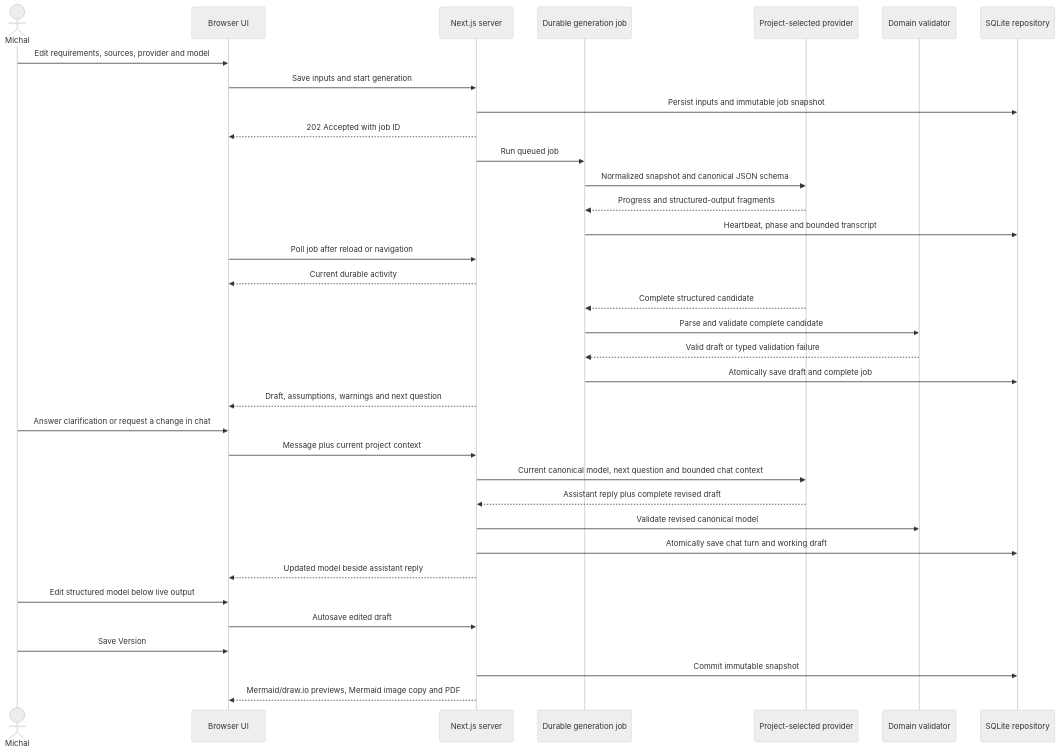
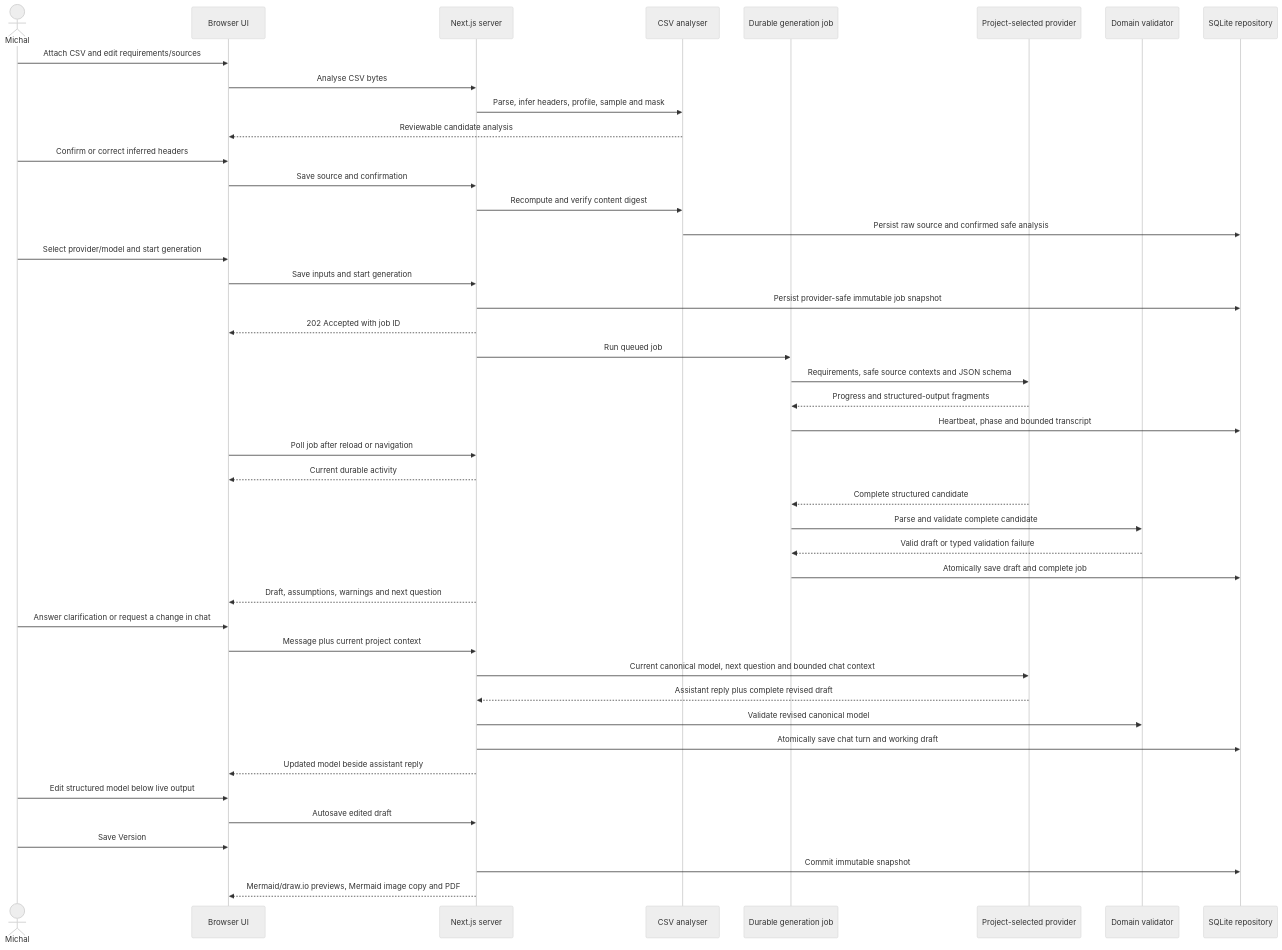
One commit to MikeS071/data-model-agent changed the second of 2 diagrams in docs/features/data-model-agent/design.md. Above: the diagram before and after it, drawn with Mermaid (neutral theme). The commit also changed other lines of this file, not shown here.

First line of the commit message:
docs: accept CSV generation inputs design

````diff
--- a/docs/features/data-model-agent/design.md
+++ b/docs/features/data-model-agent/design.md
@@ -185,37 +233,46 @@
 ```mermaid
 sequenceDiagram
   actor Michal
   participant UI as Browser UI
   participant App as Next.js server
+  participant CSV as CSV analyser
   participant Job as Durable generation job
   participant AI as Project-selected provider
   participant Domain as Domain validator
   participant DB as SQLite repository
-  Michal->>UI: Edit requirements, sources, provider and model
+  Michal->>UI: Attach CSV and edit requirements/sources
+  UI->>App: Analyse CSV bytes
+  App->>CSV: Parse, infer headers, profile, sample and mask
+  CSV-->>UI: Reviewable candidate analysis
+  Michal->>UI: Confirm or correct inferred headers
+  UI->>App: Save source and confirmation
+  App->>CSV: Recompute and verify content digest
+  CSV->>DB: Persist raw source and confirmed safe analysis
+  Michal->>UI: Select provider/model and start generation
   UI->>App: Save inputs and start generation
-  App->>DB: Persist inputs and immutable job snapshot
+  App->>DB: Persist provider-safe immutable job snapshot
   App-->>UI: 202 Accepted with job ID
   App->>Job: Run queued job
-  Job->>AI: Normalized snapshot and canonical JSON schema
+  Job->>AI: Requirements, safe source contexts and JSON schema
   AI-->>Job: Progress and structured-output fragments
   Job->>DB: Heartbeat, phase and bounded transcript
   UI->>App: Poll job after reload or navigation
   App-->>UI: Current durable activity
   AI-->>Job: Complete structured candidate
   Job->>Domain: Parse and validate complete candidate
   Domain-->>Job: Valid draft or typed validation failure
   Job->>DB: Atomically save draft and complete job
   App-->>UI: Draft, assumptions, warnings and next question
   Michal->>UI: Answer clarification or request a change in chat
   UI->>App: Message plus current project context
   App->>AI: Current canonical model, next question and bounded chat context
   AI-->>App: Assistant reply plus complete revised draft
   App->>Domain: Validate revised canonical model
   App->>DB: Atomically save chat turn and working draft
   App-->>UI: Updated model beside assistant reply
   Michal->>UI: Edit structured model below live output
   UI->>App: Autosave edited draft
   Michal->>UI: Save Version
   App->>DB: Commit immutable snapshot
   App-->>UI: Mermaid/draw.io previews, Mermaid image copy and PDF
 ```
````
